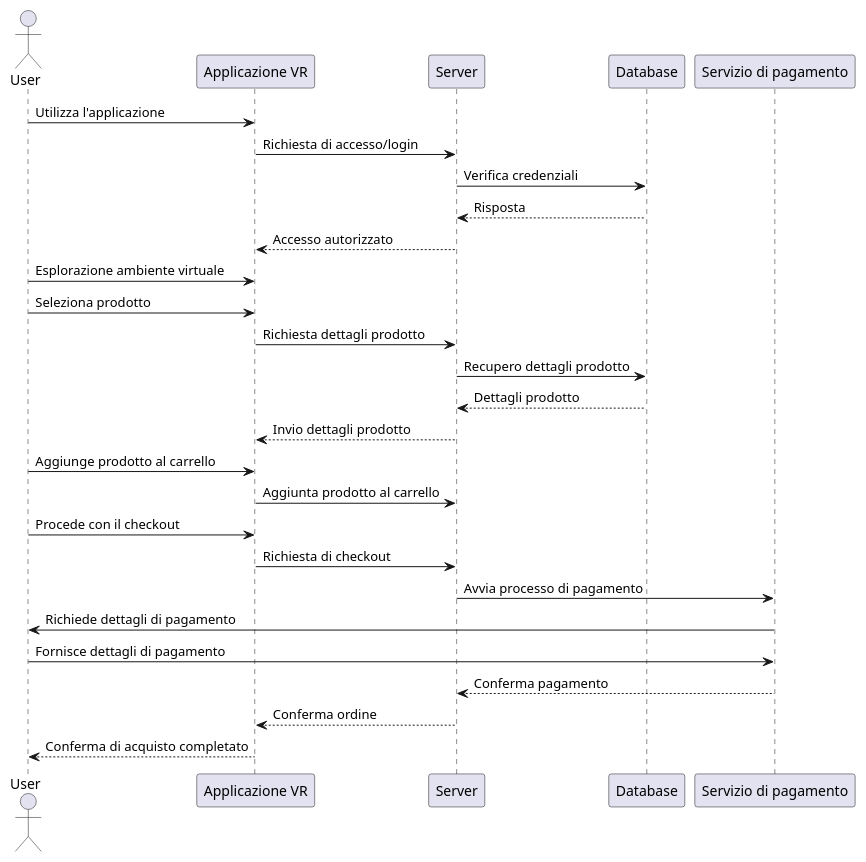
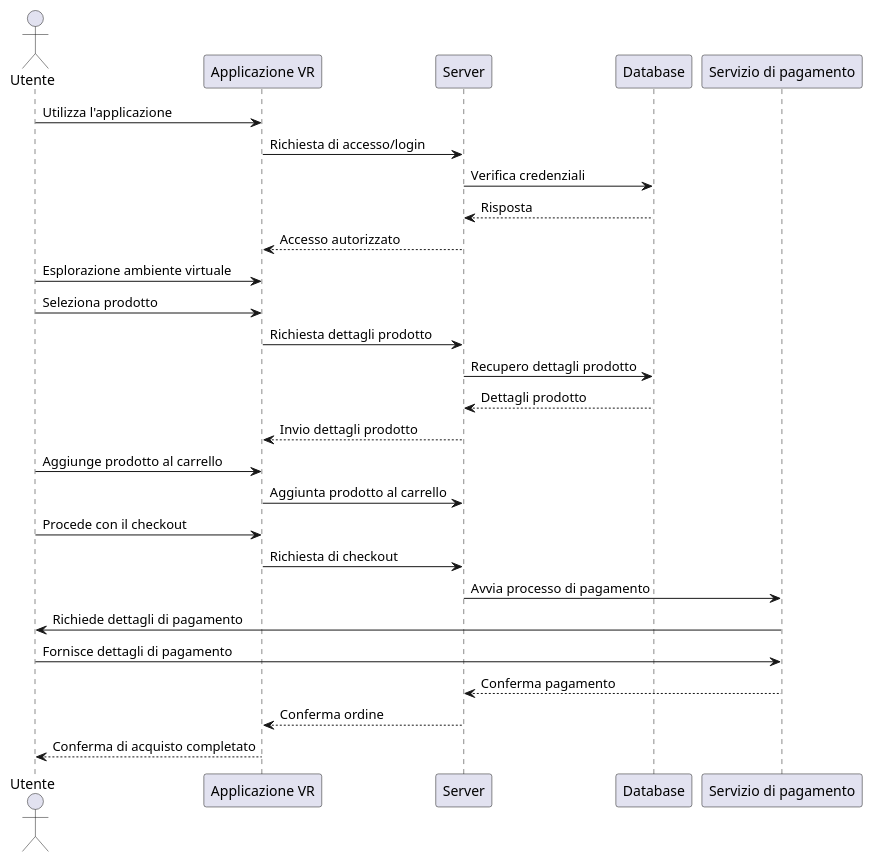
One commit to MirkoMolteni/GestioneProgetti changed the diagram in Fase_3/Temp/sequenceDiagram.puml. Above: the diagram before and after it, drawn with PlantUML. The commit also changed 7 other files, not shown here.

Commit message:
Generati UML

```diff
--- a/Fase_3/Temp/sequenceDiagram.puml
+++ b/Fase_3/Temp/sequenceDiagram.puml
@@ -1,29 +1,29 @@
 @startuml
-actor User
+actor Utente
 participant "Applicazione VR" as App
 participant "Server" as Server
 participant "Database" as DB
 participant "Servizio di pagamento" as PaymentService
 
-User -> App: Utilizza l'applicazione
+Utente -> App: Utilizza l'applicazione
 App -> Server: Richiesta di accesso/login
 Server -> DB: Verifica credenziali
 DB --> Server: Risposta
 Server --> App: Accesso autorizzato
-User -> App: Esplorazione ambiente virtuale
-User -> App: Seleziona prodotto
+Utente -> App: Esplorazione ambiente virtuale
+Utente -> App: Seleziona prodotto
 App -> Server: Richiesta dettagli prodotto
 Server -> DB: Recupero dettagli prodotto
 DB --> Server: Dettagli prodotto
 Server --> App: Invio dettagli prodotto
-User -> App: Aggiunge prodotto al carrello
+Utente -> App: Aggiunge prodotto al carrello
 App -> Server: Aggiunta prodotto al carrello
-User -> App: Procede con il checkout
+Utente -> App: Procede con il checkout
 App -> Server: Richiesta di checkout
 Server -> PaymentService: Avvia processo di pagamento
-PaymentService -> User: Richiede dettagli di pagamento
-User -> PaymentService: Fornisce dettagli di pagamento
+PaymentService -> Utente: Richiede dettagli di pagamento
+Utente -> PaymentService: Fornisce dettagli di pagamento
 PaymentService --> Server: Conferma pagamento
 Server --> App: Conferma ordine
-App --> User: Conferma di acquisto completato
+App --> Utente: Conferma di acquisto completato
 @enduml
```
